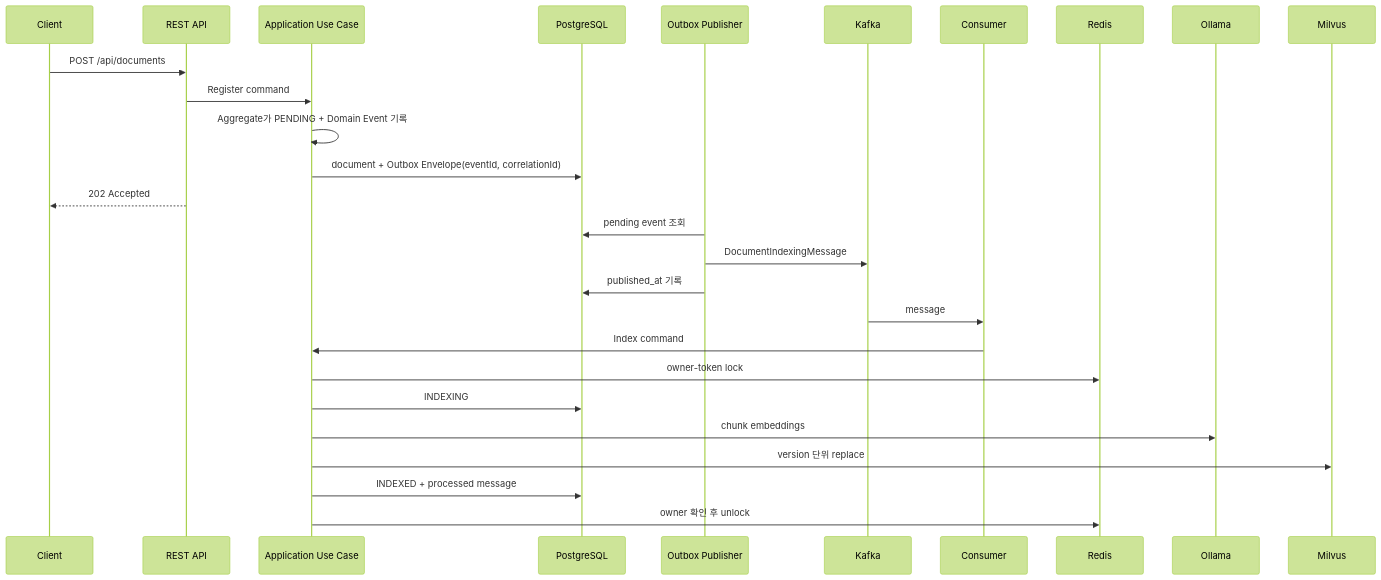
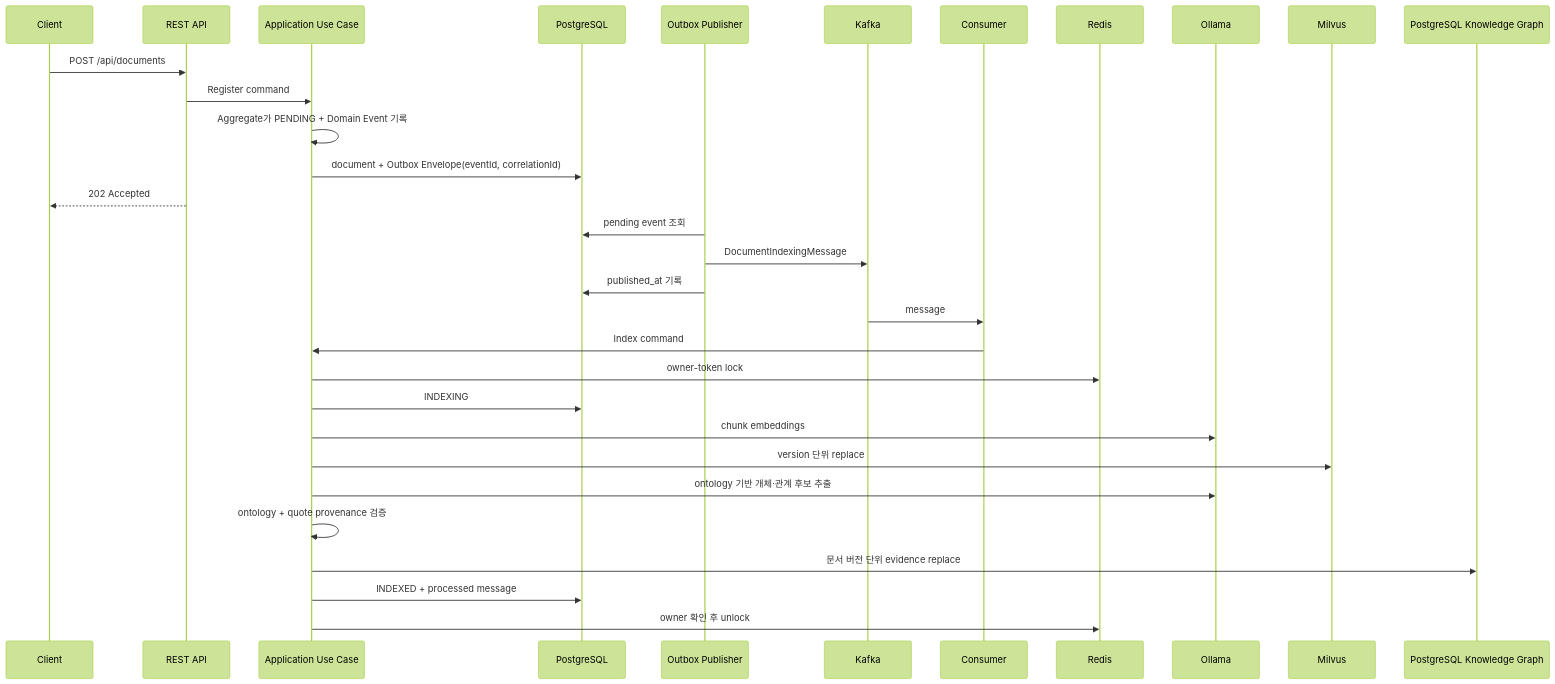
The first of 2 diagrams in docs/architecture/rag-target-architecture.md (limjeahun/knowledge-rag-platform), drawn with Mermaid (forest theme) before and after one commit. The commit also changed other lines of this file and 99 other files, not shown here.

````diff
--- a/docs/architecture/rag-target-architecture.md
+++ b/docs/architecture/rag-target-architecture.md
@@ -21,30 +21,34 @@
 ```mermaid
 sequenceDiagram
     participant Client
     participant API as REST API
     participant App as Application Use Case
     participant DB as PostgreSQL
     participant Outbox as Outbox Publisher
     participant Kafka
     participant Consumer
     participant Redis
     participant Ollama
     participant Milvus
+    participant Graph as PostgreSQL Knowledge Graph
 
     Client->>API: POST /api/documents
     API->>App: Register command
     App->>App: Aggregate가 PENDING + Domain Event 기록
     App->>DB: document + Outbox Envelope(eventId, correlationId)
     API-->>Client: 202 Accepted
     Outbox->>DB: pending event 조회
     Outbox->>Kafka: DocumentIndexingMessage
     Outbox->>DB: published_at 기록
     Kafka->>Consumer: message
     Consumer->>App: Index command
     App->>Redis: owner-token lock
     App->>DB: INDEXING
     App->>Ollama: chunk embeddings
     App->>Milvus: version 단위 replace
+    App->>Ollama: ontology 기반 개체·관계 후보 추출
+    App->>App: ontology + quote provenance 검증
+    App->>Graph: 문서 버전 단위 evidence replace
     App->>DB: INDEXED + processed message
     App->>Redis: owner 확인 후 unlock
 ```
````
